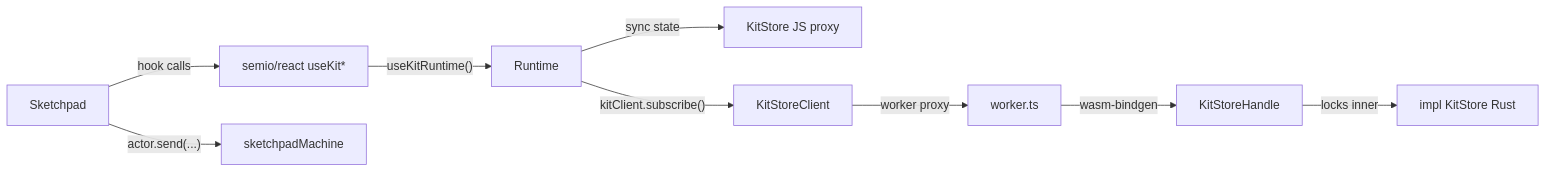
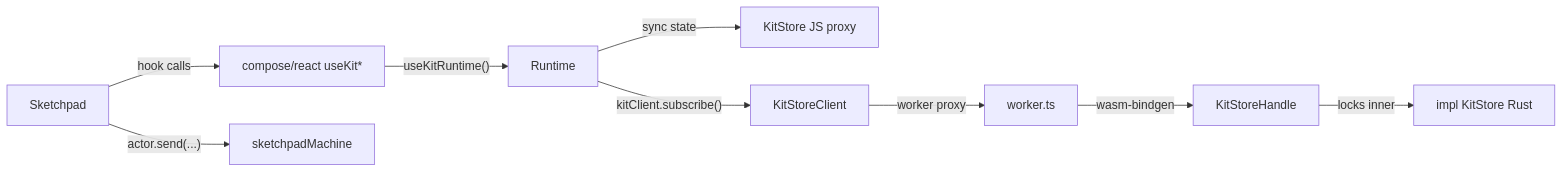
Before and after one commit to usalu/semio: the diagram in .repo/🎫/26/04/22/FINISH-RUST-STORE-HOOK-MIGRATION/finish_sketchpad_rust_migration_2d46733d.plan.md, drawn with Mermaid. The commit also changed other lines of this file and 7735 other files, not shown here.

````diff
--- a/.repo/🎫/26/04/22/FINISH-RUST-STORE-HOOK-MIGRATION/finish_sketchpad_rust_migration_2d46733d.plan.md
+++ b/.repo/🎫/26/04/22/FINISH-RUST-STORE-HOOK-MIGRATION/finish_sketchpad_rust_migration_2d46733d.plan.md
@@ -41,11 +41,11 @@
 ```mermaid
 graph LR
-  Sketchpad -->|hook calls| ReactPkg[semio/react useKit*]
+  Sketchpad -->|hook calls| ReactPkg[compose/react useKit*]
   ReactPkg -->|"useKitRuntime()"| Runtime
   Runtime -->|sync state| Store[KitStore JS proxy]
   Runtime -->|"kitClient.subscribe()"| Client[KitStoreClient]
   Client -->|worker proxy| Worker[worker.ts]
   Worker -->|wasm-bindgen| Handle[KitStoreHandle]
   Handle -->|locks inner| KitStoreRust[impl KitStore Rust]
   Sketchpad -->|"actor.send(...)"| Machine[sketchpadMachine]
 ```
````
